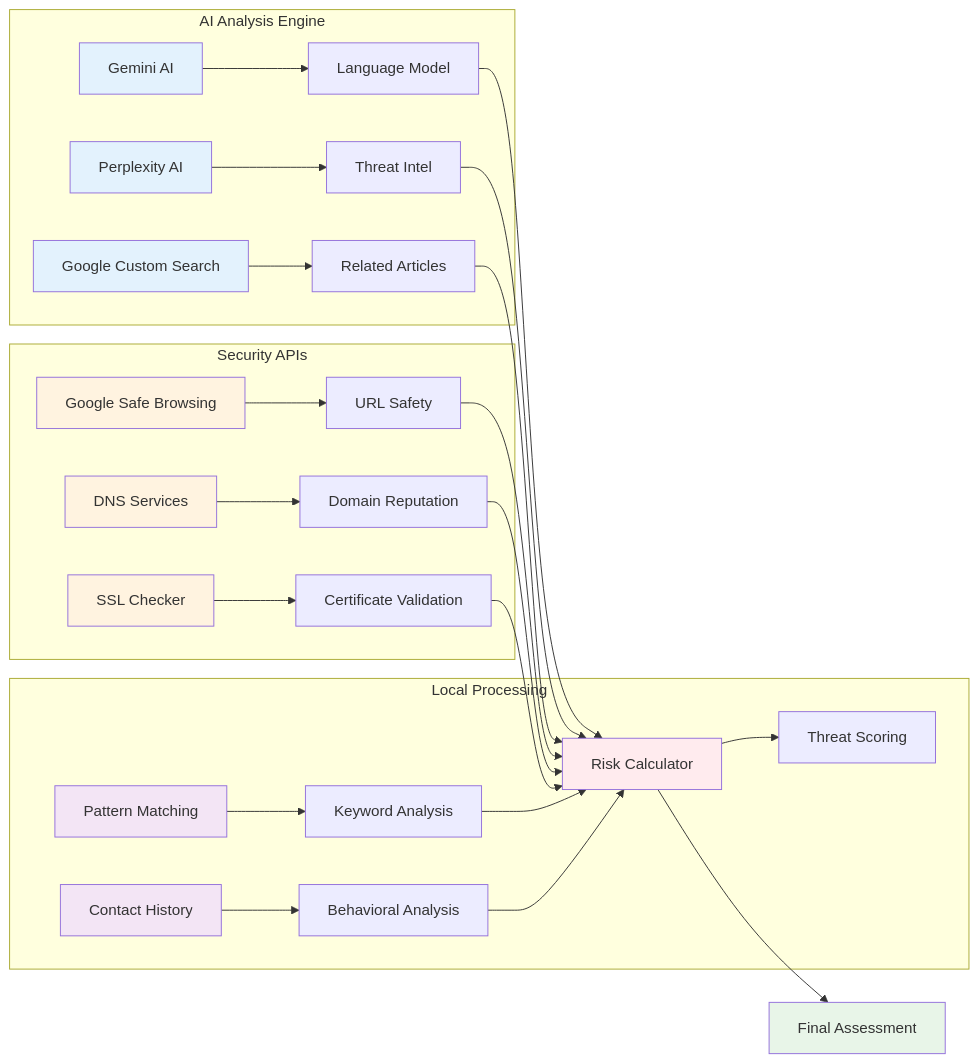
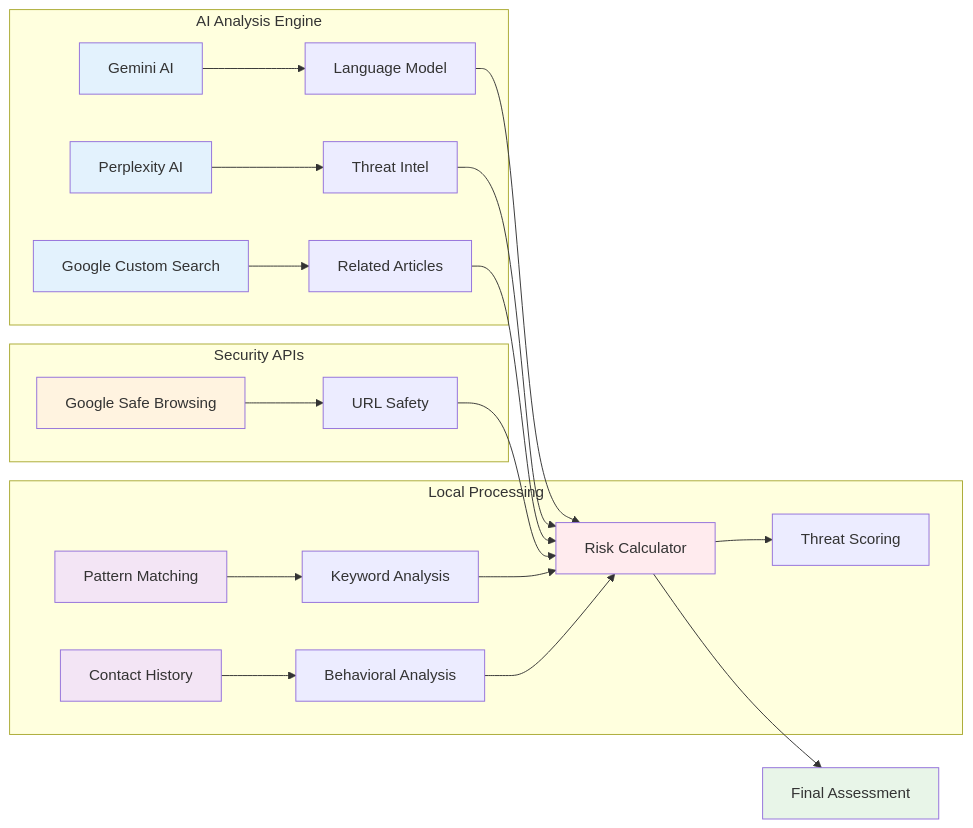
One commit to realatc/tsv3 changed the diagram in docs/ai-components.md. Above: the diagram before and after it, drawn with Mermaid. The commit also changed other lines of this file and 1 other file, not shown here.

````diff
--- a/docs/ai-components.md
+++ b/docs/ai-components.md
@@ -9,42 +9,36 @@
 ```mermaid
 graph LR
     subgraph "AI Analysis Engine"
         A[Gemini AI] --> B[Language Model]
         C[Perplexity AI] --> D[Threat Intel]
         E[Google Custom Search] --> F[Related Articles]
     end
     
     subgraph "Security APIs"
         G[Google Safe Browsing] --> H[URL Safety]
-        I[DNS Services] --> J[Domain Reputation]
-        K[SSL Checker] --> L[Certificate Validation]
     end
     
     subgraph "Local Processing"
         M[Pattern Matching] --> N[Keyword Analysis]
         O[Contact History] --> P[Behavioral Analysis]
         Q[Risk Calculator] --> R[Threat Scoring]
     end
     
     B --> Q
     D --> Q
     F --> Q
     H --> Q
-    J --> Q
-    L --> Q
     N --> Q
     P --> Q
     
     Q --> S[Final Assessment]
     
     style A fill:#e3f2fd
     style C fill:#e3f2fd
     style E fill:#e3f2fd
     style G fill:#fff3e0
-    style I fill:#fff3e0
-    style K fill:#fff3e0
     style M fill:#f3e5f5
     style O fill:#f3e5f5
     style Q fill:#ffebee
     style S fill:#e8f5e8
 ```
````
